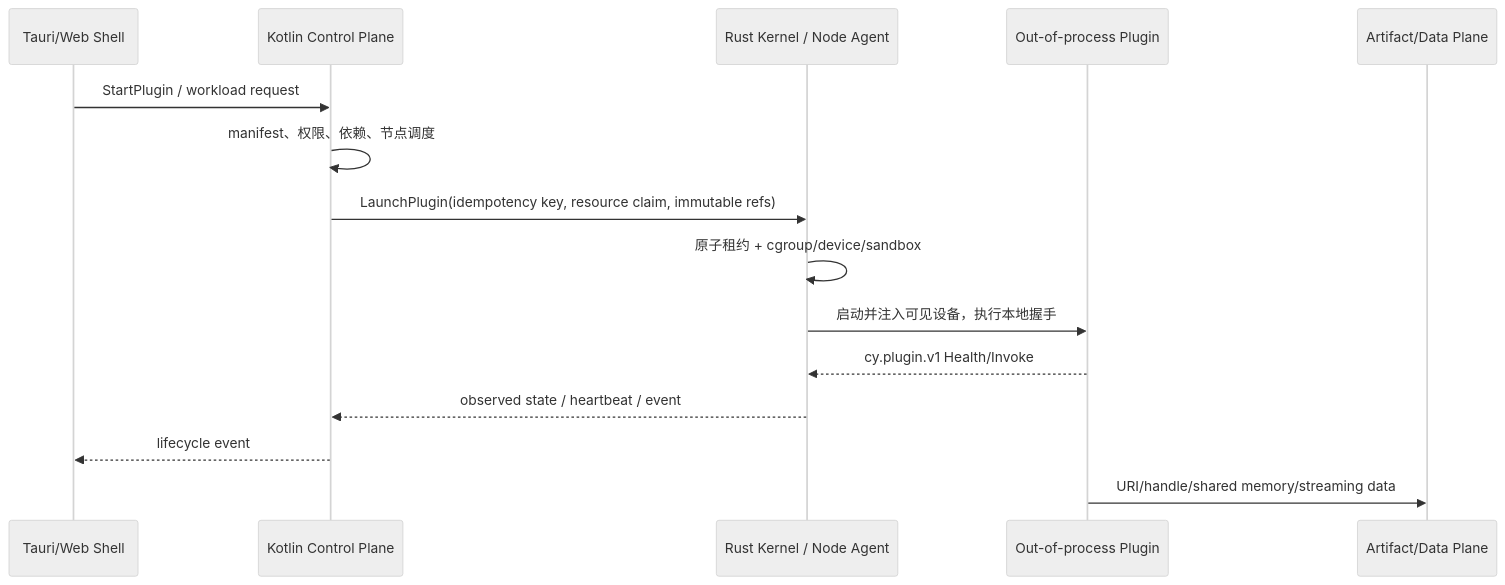
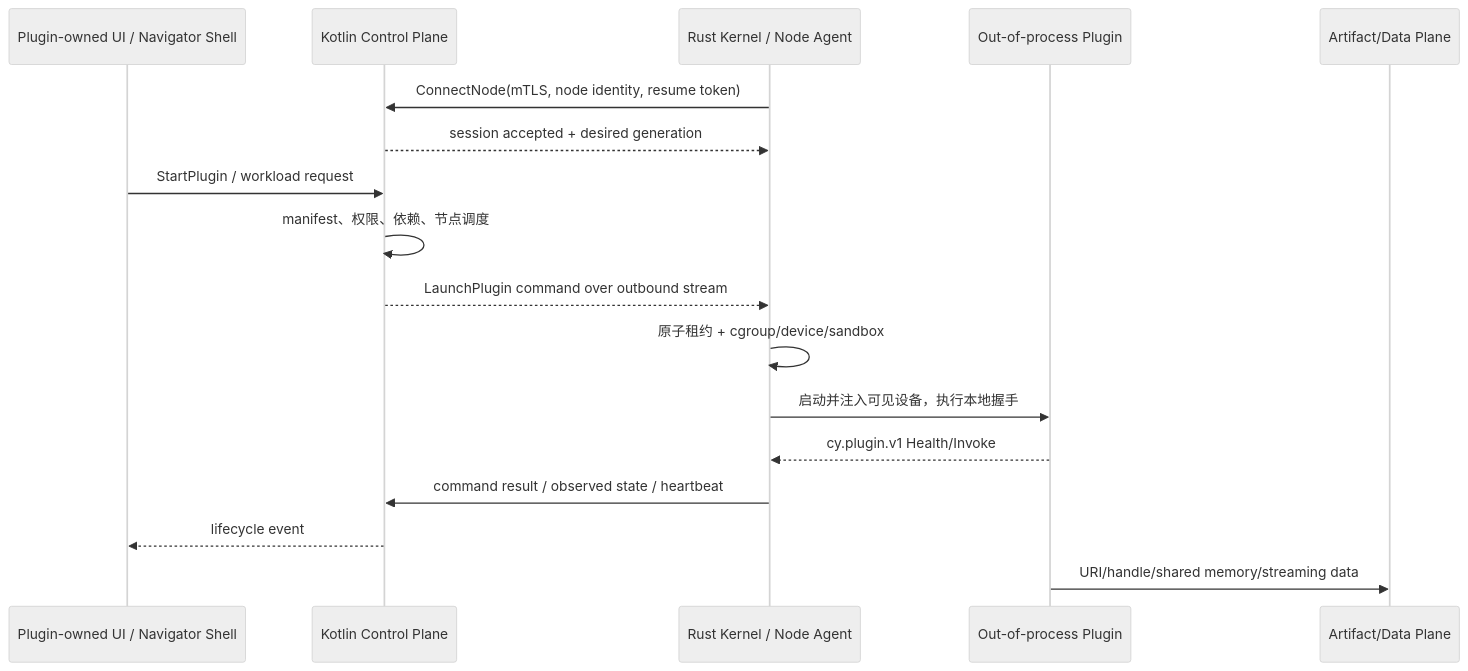
One commit to DoHorizon-AI/Cyrene-Platform changed the diagram in docs/CYRENE_ENGINE_ARCHITECTURE_BLUEPRINT.md. Above: the diagram before and after it, drawn with Mermaid (neutral theme). The commit also changed other lines of this file, not shown here.

Commit message:
docs(architecture): adopt split repository model

````diff
--- a/docs/CYRENE_ENGINE_ARCHITECTURE_BLUEPRINT.md
+++ b/docs/CYRENE_ENGINE_ARCHITECTURE_BLUEPRINT.md
@@ -113,18 +126,20 @@
 ```mermaid
 sequenceDiagram
-    participant UI as Tauri/Web Shell
+    participant UI as Plugin-owned UI / Navigator Shell
     participant CP as Kotlin Control Plane
     participant K as Rust Kernel / Node Agent
     participant P as Out-of-process Plugin
     participant D as Artifact/Data Plane
 
+    K->>CP: ConnectNode(mTLS, node identity, resume token)
+    CP-->>K: session accepted + desired generation
     UI->>CP: StartPlugin / workload request
     CP->>CP: manifest、权限、依赖、节点调度
-    CP->>K: LaunchPlugin(idempotency key, resource claim, immutable refs)
+    CP-->>K: LaunchPlugin command over outbound stream
     K->>K: 原子租约 + cgroup/device/sandbox
     K->>P: 启动并注入可见设备，执行本地握手
     P-->>K: cy.plugin.v1 Health/Invoke
-    K-->>CP: observed state / heartbeat / event
+    K->>CP: command result / observed state / heartbeat
     CP-->>UI: lifecycle event
     P->>D: URI/handle/shared memory/streaming data
 ```
````
